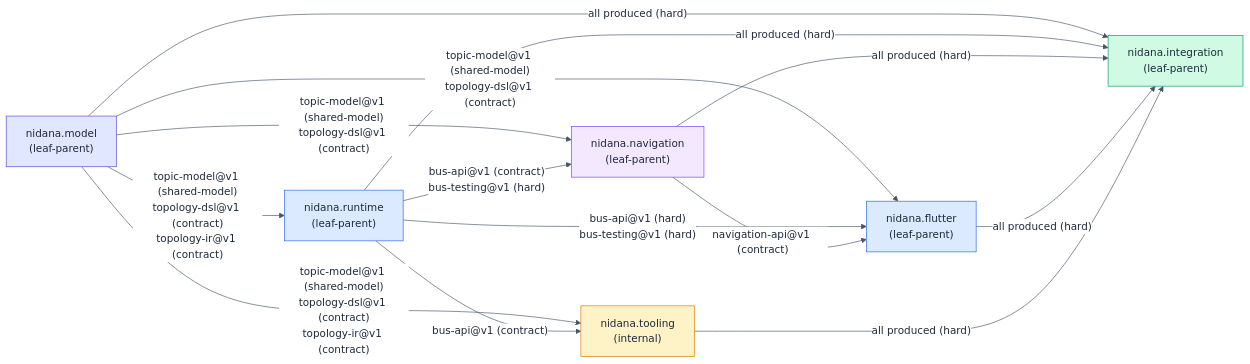
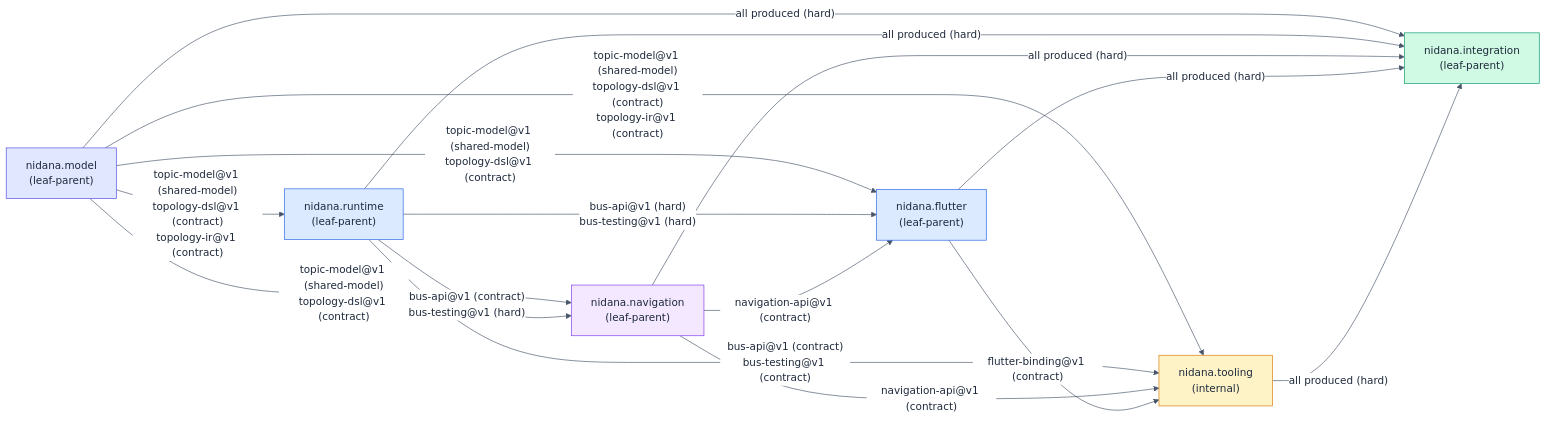
Before and after one commit to Samsara-Stream/nidana-bus-dart: the diagram in hsdd/spec/nidana.md, drawn with Mermaid. The commit also changed other lines of this file and 5 other files, not shown here.

````diff
--- a/hsdd/spec/nidana.md
+++ b/hsdd/spec/nidana.md
@@ -142,31 +142,33 @@
 ```mermaid
 %%{init:{'theme':'base','themeVariables':{'primaryTextColor':'#1e293b','lineColor':'#475569','edgeLabelBackground':'#ffffff','tertiaryTextColor':'#1e293b'}}}%%
 flowchart LR
     model["nidana.model<br/>(leaf-parent)"]
     runtime["nidana.runtime<br/>(leaf-parent)"]
     navigation["nidana.navigation<br/>(leaf-parent)"]
     flutter["nidana.flutter<br/>(leaf-parent)"]
     tooling["nidana.tooling<br/>(internal)"]
     integration["nidana.integration<br/>(leaf-parent)"]
 
     model -- "topic-model@v1 (shared-model)<br/>topology-dsl@v1 (contract)<br/>topology-ir@v1 (contract)" --> runtime
     model -- "topic-model@v1 (shared-model)<br/>topology-dsl@v1 (contract)" --> navigation
     model -- "topic-model@v1 (shared-model)<br/>topology-dsl@v1 (contract)" --> flutter
     model -- "topic-model@v1 (shared-model)<br/>topology-dsl@v1 (contract)<br/>topology-ir@v1 (contract)" --> tooling
     runtime -- "bus-api@v1 (contract)<br/>bus-testing@v1 (hard)" --> navigation
     runtime -- "bus-api@v1 (hard)<br/>bus-testing@v1 (hard)" --> flutter
-    runtime -- "bus-api@v1 (contract)" --> tooling
+    runtime -- "bus-api@v1 (contract)<br/>bus-testing@v1 (contract)" --> tooling
     navigation -- "navigation-api@v1 (contract)" --> flutter
+    navigation -- "navigation-api@v1 (contract)" --> tooling
+    flutter -- "flutter-binding@v1 (contract)" --> tooling
     model -- "all produced (hard)" --> integration
     runtime -- "all produced (hard)" --> integration
     navigation -- "all produced (hard)" --> integration
     flutter -- "all produced (hard)" --> integration
     tooling -- "all produced (hard)" --> integration
 
     style model fill:#e0e7ff,stroke:#4f46e5,color:#1e293b
     style runtime fill:#dbeafe,stroke:#2563eb,color:#1e293b
     style navigation fill:#f3e8ff,stroke:#7c3aed,color:#1e293b
     style flutter fill:#dbeafe,stroke:#2563eb,color:#1e293b
     style tooling fill:#fef3c7,stroke:#d97706,color:#1e293b
     style integration fill:#d1fae5,stroke:#059669,color:#1e293b
 ```
````
